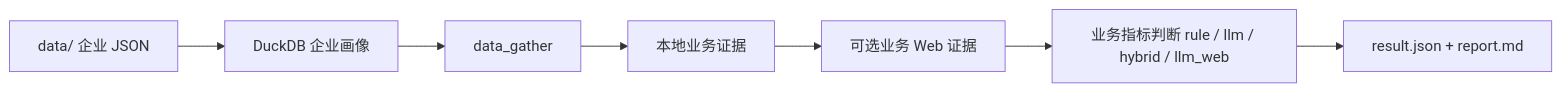
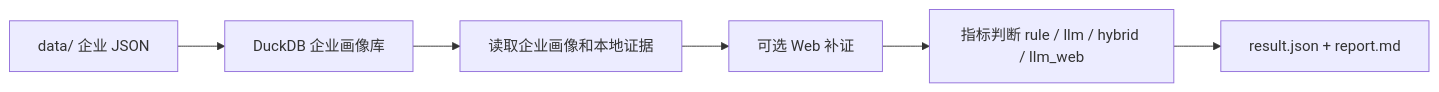
The diagram in README.md (leeing/xft-dd), drawn with Mermaid before and after one commit. The commit also changed other lines of this file and 5 other files, not shown here.

First line of the commit message:
📝 docs: refresh README and architecture docs

````diff
--- a/README.md
+++ b/README.md
@@ -9,9 +13,8 @@
 ```mermaid
 flowchart LR
-    data["data/ 企业 JSON"] --> warehouse["DuckDB 企业画像"]
-    warehouse --> gather["data_gather"]
-    gather --> evidence["本地业务证据"]
-    evidence --> web["可选业务 Web 证据"]
-    web --> recommend["业务指标判断 rule / llm / hybrid / llm_web"]
-    recommend --> result["result.json + report.md"]
+    data["data/ 企业 JSON"] --> warehouse["DuckDB 企业画像库"]
+    warehouse --> gather["读取企业画像和本地证据"]
+    gather --> web["可选 Web 补证"]
+    web --> recommend["指标判断 rule / llm / hybrid / llm_web"]
+    recommend --> output["result.json + report.md"]
 ```
````
